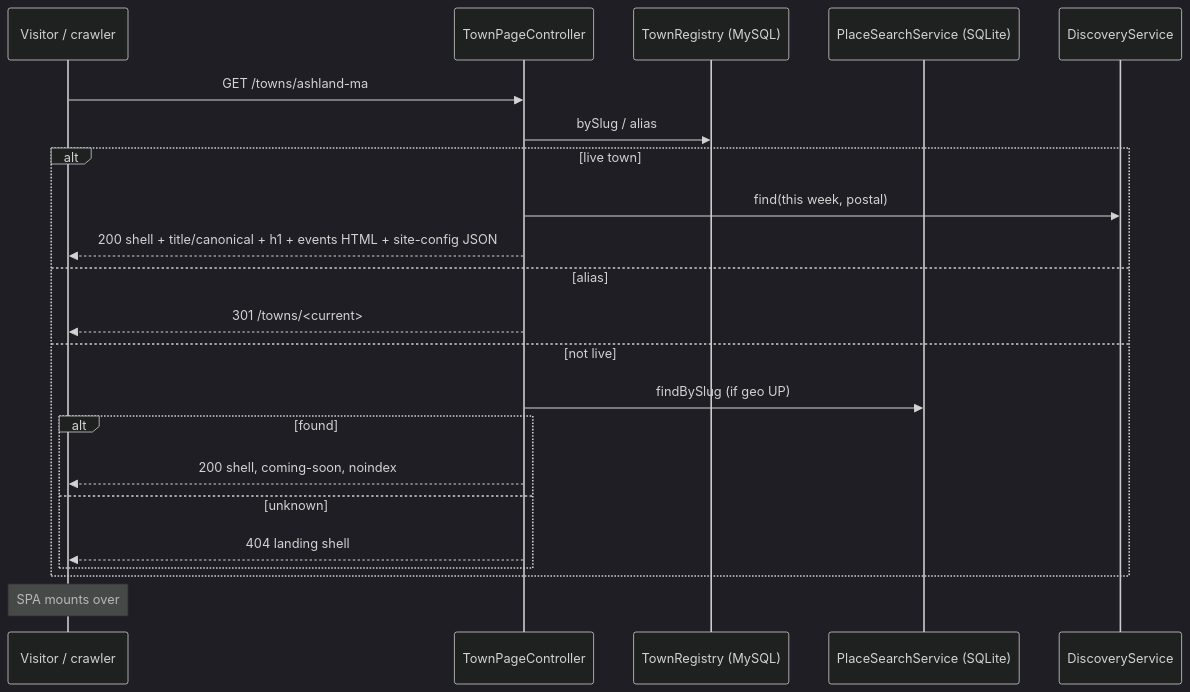
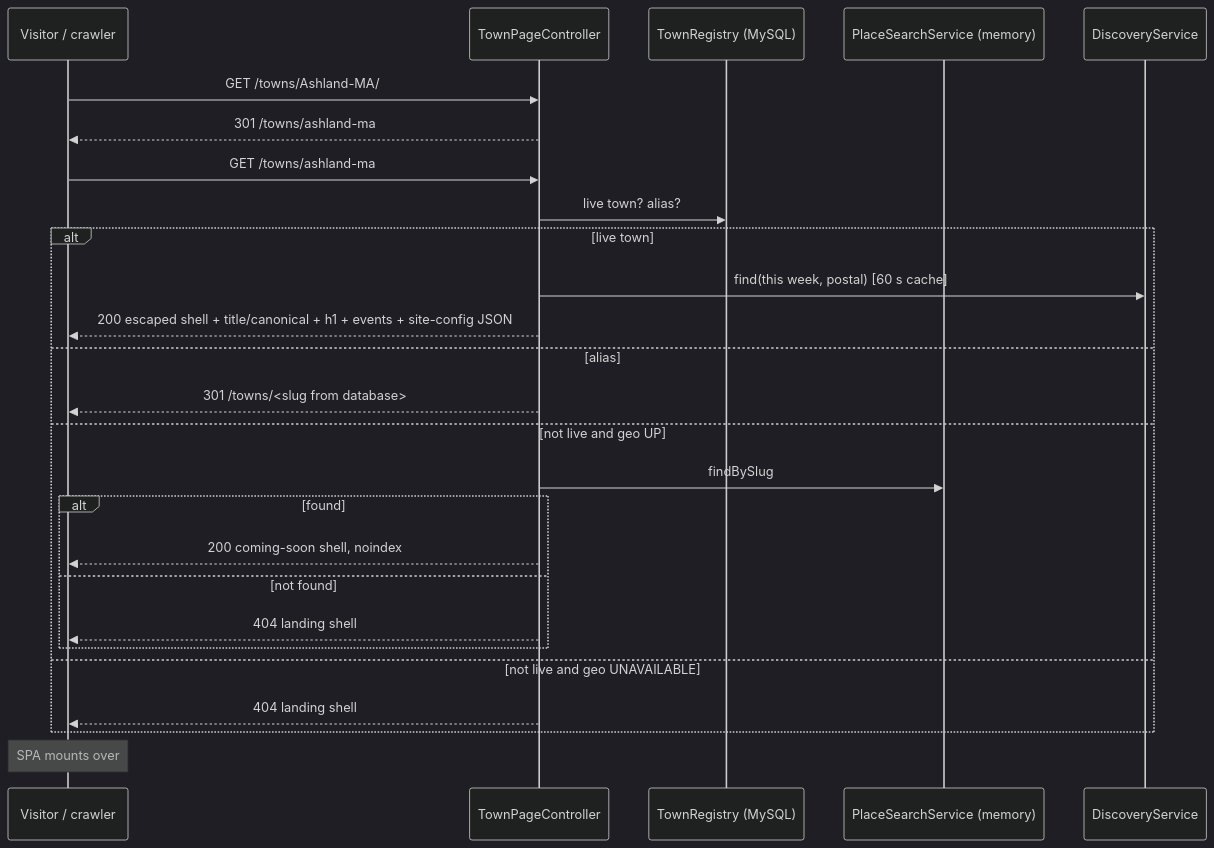
The third of 5 diagrams in docs/p2.1-town-entry/sdd.md (saravapalli/arang), drawn with Mermaid (dark theme) before and after one commit. The commit also changed other lines of this file and 7 other files, not shown here.

````diff
--- a/docs/p2.1-town-entry/sdd.md
+++ b/docs/p2.1-town-entry/sdd.md
@@ -318,24 +392,28 @@
 ```mermaid
 sequenceDiagram
   participant V as Visitor / crawler
   participant TP as TownPageController
   participant TR as TownRegistry (MySQL)
-  participant PS as PlaceSearchService (SQLite)
+  participant PS as PlaceSearchService (memory)
   participant D as DiscoveryService
+  V->>TP: GET /towns/Ashland-MA/
+  TP-->>V: 301 /towns/ashland-ma
   V->>TP: GET /towns/ashland-ma
-  TP->>TR: bySlug / alias
+  TP->>TR: live town? alias?
   alt live town
-    TP->>D: find(this week, postal)
-    TP-->>V: 200 shell + title/canonical + h1 + events HTML + site-config JSON
+    TP->>D: find(this week, postal) [60 s cache]
+    TP-->>V: 200 escaped shell + title/canonical + h1 + events + site-config JSON
   else alias
-    TP-->>V: 301 /towns/<current>
-  else not live
-    TP->>PS: findBySlug (if geo UP)
+    TP-->>V: 301 /towns/<slug from database>
+  else not live and geo UP
+    TP->>PS: findBySlug
     alt found
-      TP-->>V: 200 shell, coming-soon, noindex
-    else unknown
+      TP-->>V: 200 coming-soon shell, noindex
+    else not found
       TP-->>V: 404 landing shell
     end
+  else not live and geo UNAVAILABLE
+    TP-->>V: 404 landing shell
   end
   Note over V: SPA mounts over #root and reads the embedded site-config
 ```
````
